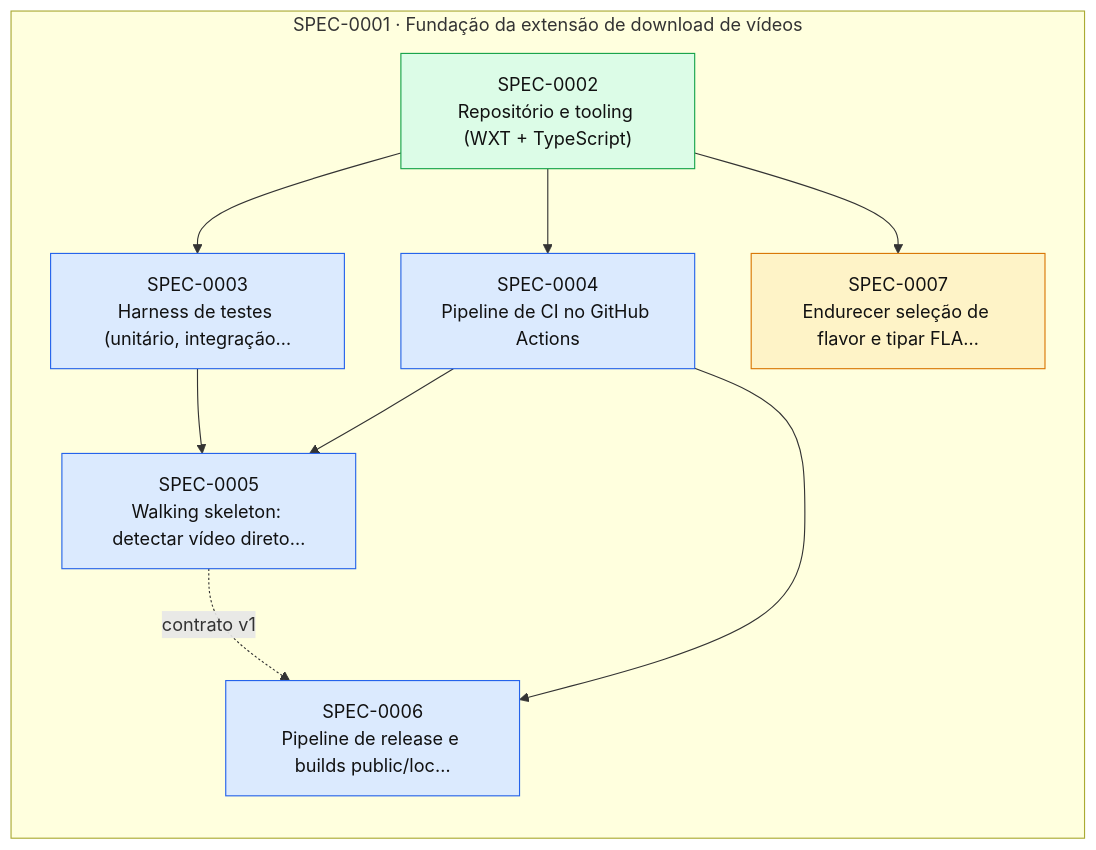
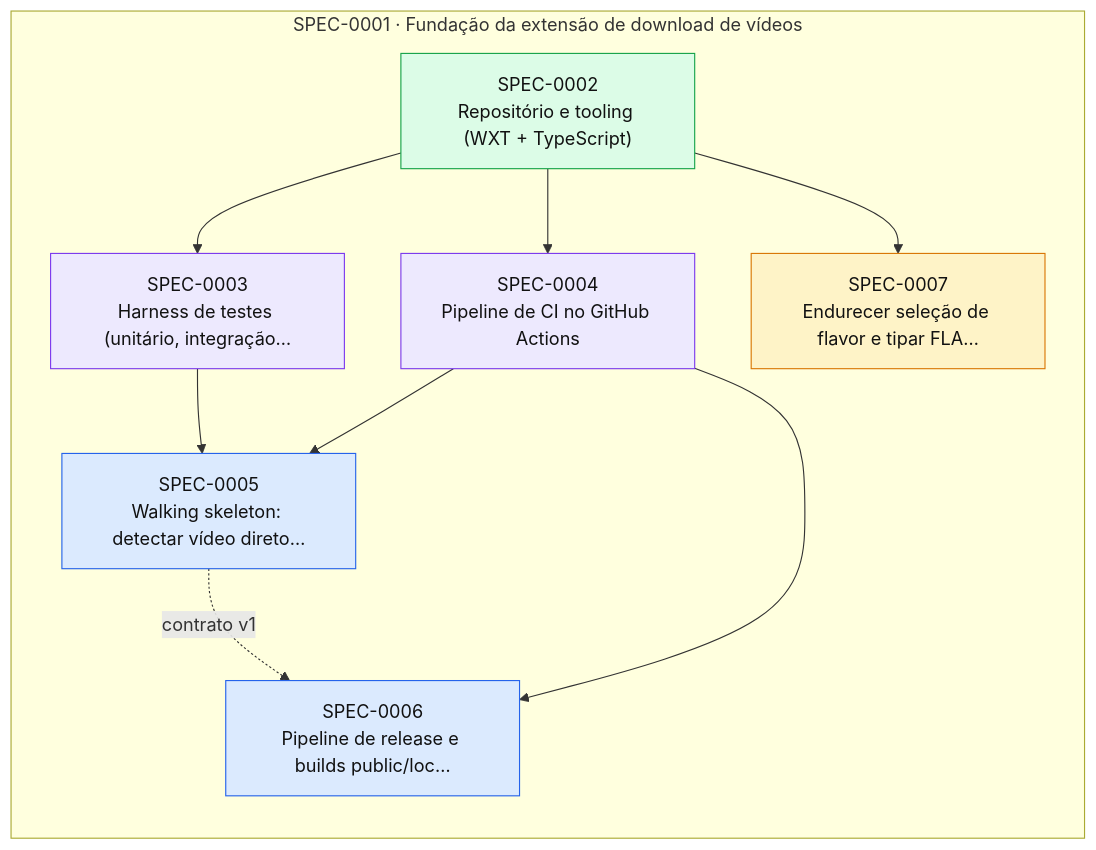
The diagram in docs/specs/INDEX.md (thomasravache/video-downloader), drawn with Mermaid before and after one commit. The commit also changed other lines of this file, not shown here.

````diff
--- a/docs/specs/INDEX.md
+++ b/docs/specs/INDEX.md
@@ -60,23 +60,23 @@
 ```mermaid
 flowchart LR
   subgraph E0001["SPEC-0001 · Fundação da extensão de download de vídeos"]
     S0002["SPEC-0002<br/>Repositório e tooling (WXT + TypeScript)"]:::implemented
-    S0003["SPEC-0003<br/>Harness de testes (unitário, integração…"]:::approved
-    S0004["SPEC-0004<br/>Pipeline de CI no GitHub Actions"]:::approved
+    S0003["SPEC-0003<br/>Harness de testes (unitário, integração…"]:::inprogress
+    S0004["SPEC-0004<br/>Pipeline de CI no GitHub Actions"]:::inprogress
     S0005["SPEC-0005<br/>Walking skeleton: detectar vídeo direto…"]:::approved
     S0006["SPEC-0006<br/>Pipeline de release e builds public/loc…"]:::approved
     S0007["SPEC-0007<br/>Endurecer seleção de flavor e tipar FLA…"]:::proposed
   end
   S0002 --> S0003
   S0002 --> S0004
   S0003 --> S0005
   S0004 --> S0005
   S0004 --> S0006
   S0005 -. contrato v1 .-> S0006
   S0002 --> S0007
   classDef proposed fill:#fef3c7,stroke:#d97706,color:#111
   classDef approved fill:#dbeafe,stroke:#2563eb,color:#111
   classDef inprogress fill:#ede9fe,stroke:#7c3aed,color:#111
   classDef implemented fill:#dcfce7,stroke:#16a34a,color:#111
   classDef deprecated fill:#f3f4f6,stroke:#9ca3af,color:#6b7280
 ```
````
